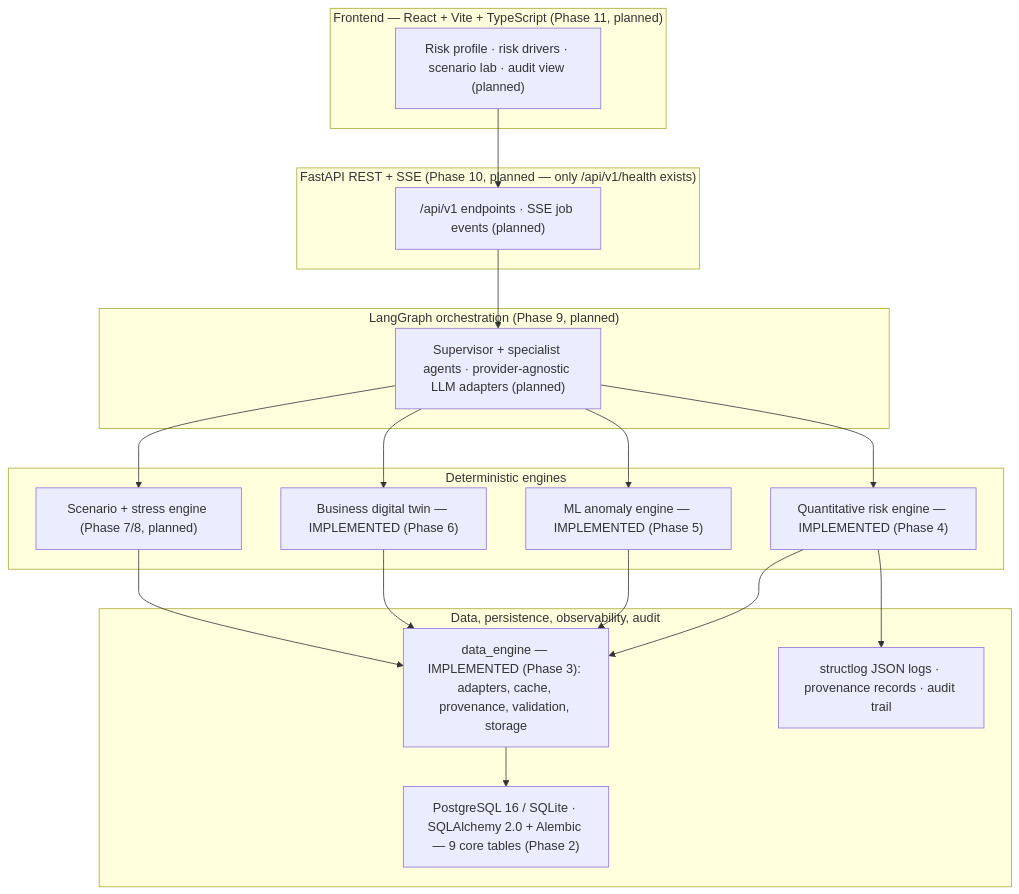
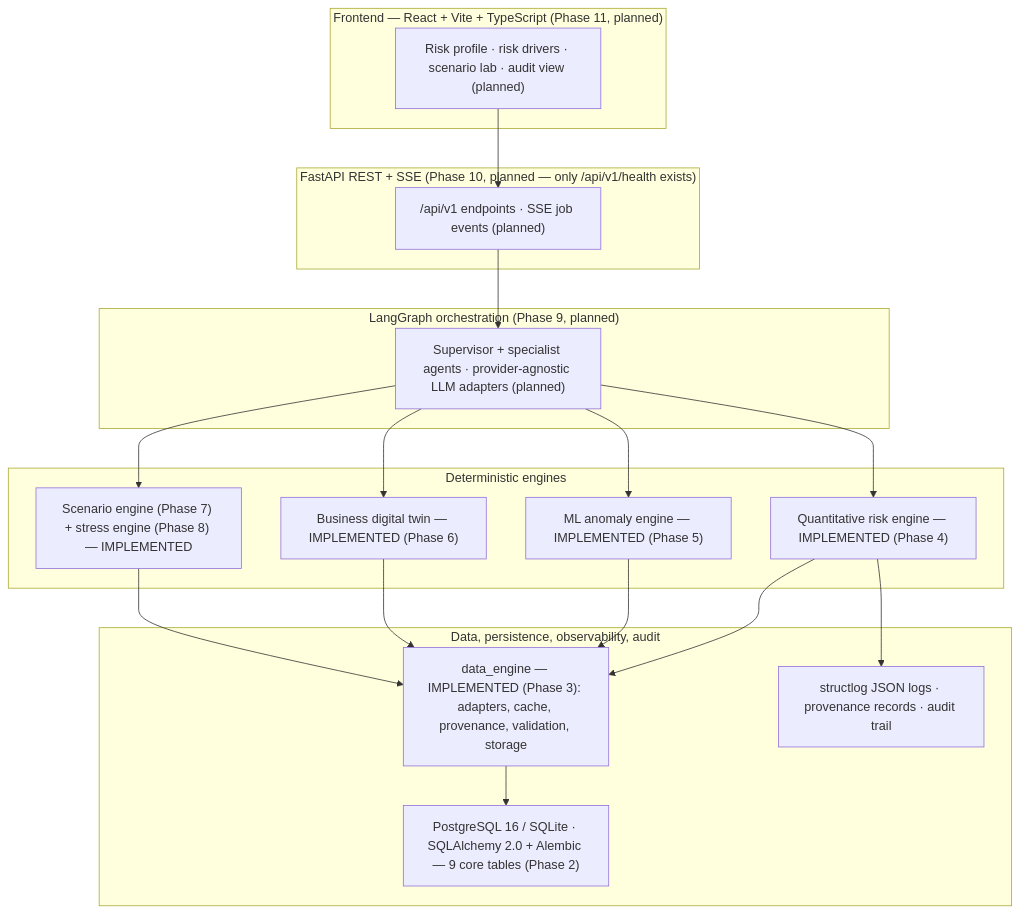
Before and after one commit to SuryanshSharma500123597/Ai-Business-Risk: the second of 2 diagrams in README.md, drawn with Mermaid. The commit also changed other lines of this file and 19 other files, not shown here.

````diff
--- a/README.md
+++ b/README.md
@@ -108,35 +112,35 @@
 ```mermaid
 flowchart TB
     subgraph FE["Frontend — React + Vite + TypeScript (Phase 11, planned)"]
         UI["Risk profile · risk drivers · scenario lab · audit view (planned)"]
     end
     subgraph AP["FastAPI REST + SSE (Phase 10, planned — only /api/v1/health exists)"]
         EP["/api/v1 endpoints · SSE job events (planned)"]
     end
     subgraph LG["LangGraph orchestration (Phase 9, planned)"]
         AG["Supervisor + specialist agents · provider-agnostic LLM adapters (planned)"]
     end
     subgraph EN["Deterministic engines"]
         RE["Quantitative risk engine — IMPLEMENTED (Phase 4)"]
         ML["ML anomaly engine — IMPLEMENTED (Phase 5)"]
         TW["Business digital twin — IMPLEMENTED (Phase 6)"]
-        SC["Scenario + stress engine (Phase 7/8, planned)"]
+        SC["Scenario engine (Phase 7) + stress engine (Phase 8) — IMPLEMENTED"]
     end
     subgraph DA["Data, persistence, observability, audit"]
         DE["data_engine — IMPLEMENTED (Phase 3): adapters, cache, provenance, validation, storage"]
         DB["PostgreSQL 16 / SQLite · SQLAlchemy 2.0 + Alembic — 9 core tables (Phase 2)"]
         OB["structlog JSON logs · provenance records · audit trail"]
     end
 
     UI --> EP --> AG
     AG --> RE
     AG --> ML
     AG --> TW
     AG --> SC
     RE --> DE
     ML --> DE
     TW --> DE
     SC --> DE
     DE --> DB
     RE --> OB
 ```
````
